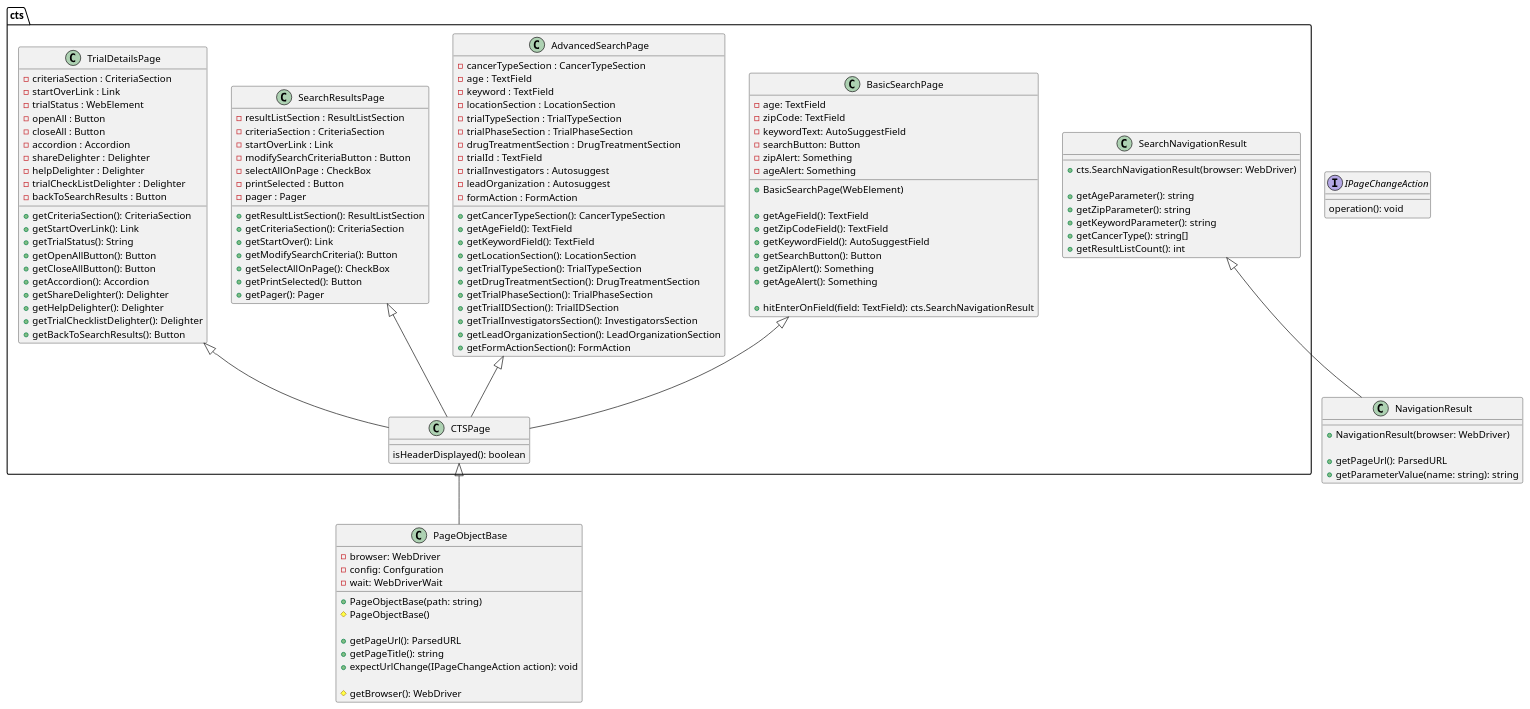
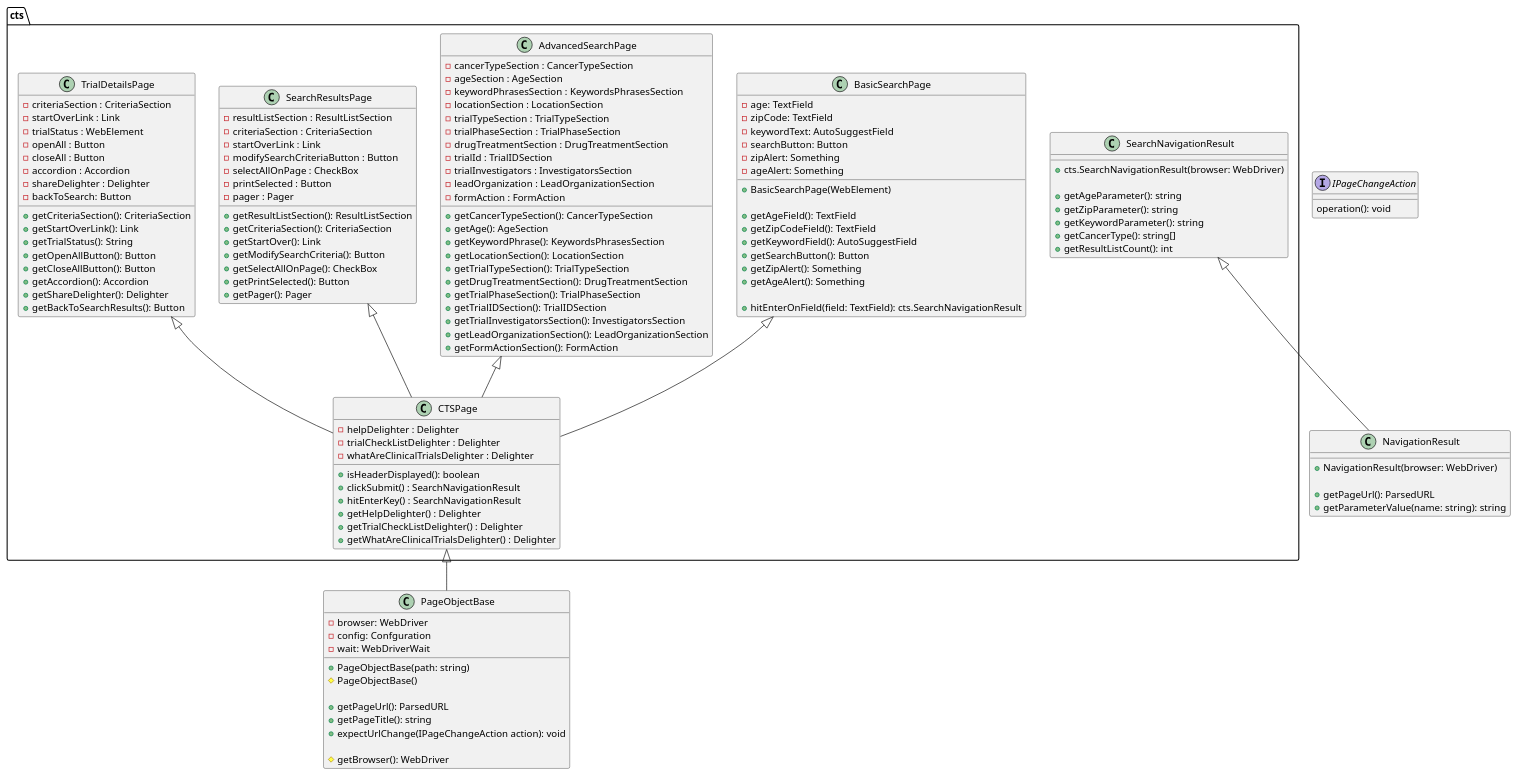
Before and after one commit to kate-mashkina/automation-design-diagrams: the diagram in diagrams/src/class/cts/pages.wsd, drawn with PlantUML. The commit also changed 7 other files, not shown here.

```diff
--- a/diagrams/src/class/cts/pages.wsd
+++ b/diagrams/src/class/cts/pages.wsd
@@ -1,149 +1,154 @@
 @startuml
 
 class PageObjectBase {
 
     -browser: WebDriver
     -config: Confguration
     -wait: WebDriverWait
 
     +PageObjectBase(path: string)
     #PageObjectBase()
 
     +getPageUrl(): ParsedURL
     +getPageTitle(): string
     +expectUrlChange(IPageChangeAction action): void
 
     #getBrowser(): WebDriver
 }
 
 '' This is actually a public, nested class inside PageObjectBase
 interface IPageChangeAction {
     operation(): void
 }
 
 package cts {
 
     '' General cts page functionality (Mainly "is the react app running?")
     class CTSPage {
-        isHeaderDisplayed(): boolean
+        - helpDelighter : Delighter
+        - trialCheckListDelighter : Delighter
+        - whatAreClinicalTrialsDelighter : Delighter
+        +isHeaderDisplayed(): boolean
+        +clickSubmit() : SearchNavigationResult
+        +hitEnterKey() : SearchNavigationResult
+        + getHelpDelighter() : Delighter
+        + getTrialCheckListDelighter() : Delighter
+        + getWhatAreClinicalTrialsDelighter() : Delighter
+
+
+
     }
     CTSPage <|-- PageObjectBase
 
     class cts.BasicSearchPage {
         -age: TextField
         -zipCode: TextField
         -keywordText: AutoSuggestField
         -searchButton: Button
         -zipAlert: Something
         -ageAlert: Something
 
         +BasicSearchPage(WebElement)
 
         +getAgeField(): TextField
         +getZipCodeField(): TextField
         +getKeywordField(): AutoSuggestField
         +getSearchButton(): Button
         +getZipAlert(): Something
         +getAgeAlert(): Something
 
         +hitEnterOnField(field: TextField): cts.SearchNavigationResult
     }
     cts.BasicSearchPage <|-- CTSPage
 
     class cts.AdvancedSearchPage {
         - cancerTypeSection : CancerTypeSection
-        - age : TextField
-        - keyword : TextField
+        - ageSection : AgeSection
+        - keywordPhrasesSection : KeywordsPhrasesSection
         - locationSection : LocationSection
         - trialTypeSection : TrialTypeSection
         - trialPhaseSection : TrialPhaseSection
         - drugTreatmentSection : DrugTreatmentSection
-        - trialId : TextField
-        - trialInvestigators : Autosuggest
-        - leadOrganization : Autosuggest
+        - trialId : TrialIDSection
+        - trialInvestigators : InvestigatorsSection
+        - leadOrganization : LeadOrganizationSection
         - formAction : FormAction
 
         +getCancerTypeSection(): CancerTypeSection
-        +getAgeField(): TextField
-        +getKeywordField(): TextField
+        +getAge(): AgeSection
+        +getKeywordPhrase(): KeywordsPhrasesSection
         +getLocationSection(): LocationSection
         +getTrialTypeSection(): TrialTypeSection
         +getDrugTreatmentSection(): DrugTreatmentSection
         +getTrialPhaseSection(): TrialPhaseSection
         +getTrialIDSection(): TrialIDSection
         +getTrialInvestigatorsSection(): InvestigatorsSection
         +getLeadOrganizationSection(): LeadOrganizationSection
         +getFormActionSection(): FormAction
 
     }
     cts.AdvancedSearchPage <|-- CTSPage
 
     class cts.SearchResultsPage {
         -resultListSection : ResultListSection
         -criteriaSection : CriteriaSection
         -startOverLink : Link
         -modifySearchCriteriaButton : Button
         -selectAllOnPage : CheckBox
         -printSelected : Button
         -pager : Pager
 
         +getResultListSection(): ResultListSection
         +getCriteriaSection(): CriteriaSection
         +getStartOver(): Link
         +getModifySearchCriteria(): Button
         +getSelectAllOnPage(): CheckBox
         +getPrintSelected(): Button
         +getPager(): Pager
-
-
     }
     cts.SearchResultsPage <|-- CTSPage
 
     class cts.TrialDetailsPage {
         -criteriaSection : CriteriaSection
         -startOverLink : Link
         -trialStatus : WebElement
         -openAll : Button
         -closeAll : Button
         -accordion : Accordion
         -shareDelighter : Delighter
-        -helpDelighter : Delighter
-        -trialCheckListDelighter : Delighter
-        -backToSearchResults : Button
+        -backToSearch: Button
 
         +getCriteriaSection(): CriteriaSection
         +getStartOverLink(): Link
         +getTrialStatus(): String
         +getOpenAllButton(): Button
         +getCloseAllButton(): Button
         +getAccordion(): Accordion
         +getShareDelighter(): Delighter
-        +getHelpDelighter(): Delighter
-        +getTrialChecklistDelighter(): Delighter
         +getBackToSearchResults(): Button
 
     }
     cts.TrialDetailsPage <|-- CTSPage
 
     class cts.SearchNavigationResult {
         +cts.SearchNavigationResult(browser: WebDriver)
 
         +getAgeParameter(): string
         +getZipParameter(): string
         +getKeywordParameter(): string
         +getCancerType(): string[]
         +getResultListCount(): int
     }
 
 }
 
 cts.SearchNavigationResult <|-- NavigationResult
 
 class NavigationResult {
     +NavigationResult(browser: WebDriver)
 
     +getPageUrl(): ParsedURL
     +getParameterValue(name: string): string
 }
 
 @enduml
```
